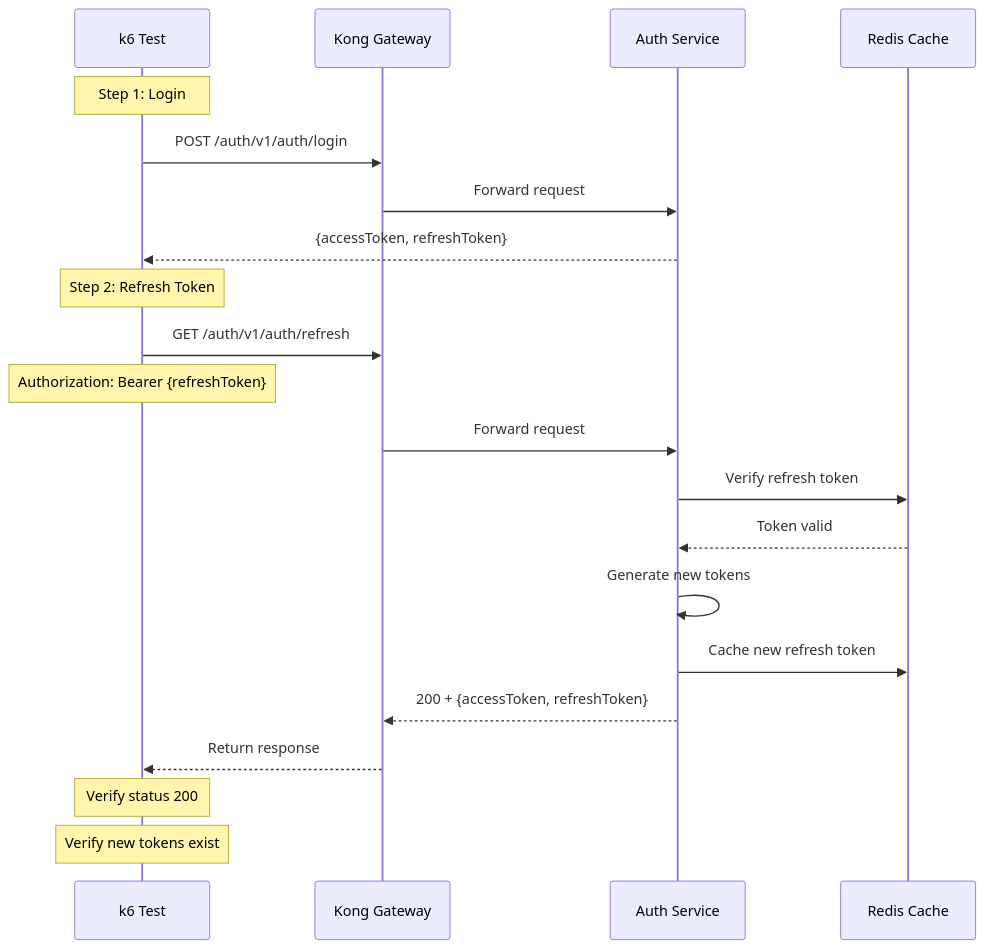
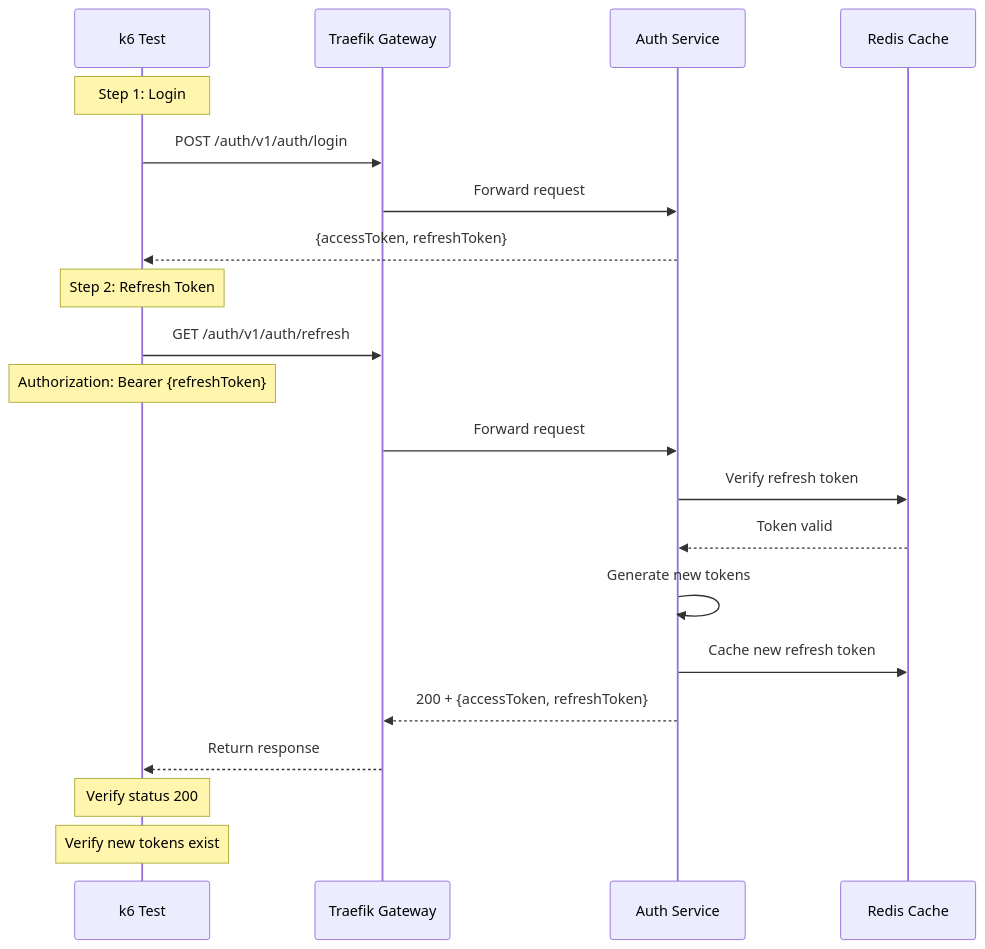
One commit to tinhthanh/nestjs-microservices changed the diagram in k6-tests/src/services/auth/test-refresh-token.md. Above: the diagram before and after it, drawn with Mermaid. The commit also changed 47 other files, not shown here.

````diff
--- a/k6-tests/src/services/auth/test-refresh-token.md
+++ b/k6-tests/src/services/auth/test-refresh-token.md
@@ -5,26 +5,26 @@
 ```mermaid
 sequenceDiagram
     participant K6 as k6 Test
-    participant Kong as Kong Gateway
+    participant Traefik as Traefik Gateway
     participant Auth as Auth Service
     participant Redis as Redis Cache
 
     Note over K6: Step 1: Login
-    K6->>Kong: POST /auth/v1/auth/login
-    Kong->>Auth: Forward request
+    K6->>Traefik: POST /auth/v1/auth/login
+    Traefik->>Auth: Forward request
     Auth-->>K6: {accessToken, refreshToken}
     
     Note over K6: Step 2: Refresh Token
-    K6->>Kong: GET /auth/v1/auth/refresh
+    K6->>Traefik: GET /auth/v1/auth/refresh
     Note over K6: Authorization: Bearer {refreshToken}
-    Kong->>Auth: Forward request
+    Traefik->>Auth: Forward request
     Auth->>Redis: Verify refresh token
     Redis-->>Auth: Token valid
     Auth->>Auth: Generate new tokens
     Auth->>Redis: Cache new refresh token
-    Auth-->>Kong: 200 + {accessToken, refreshToken}
-    Kong-->>K6: Return response
+    Auth-->>Traefik: 200 + {accessToken, refreshToken}
+    Traefik-->>K6: Return response
     
     Note over K6: Verify status 200
     Note over K6: Verify new tokens exist
 ```
````
